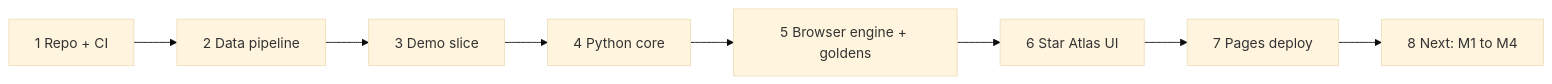
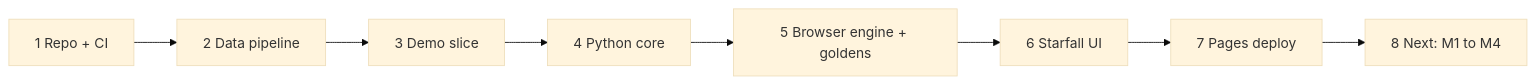
The diagram in docs/guide/IMPLEMENTATION.md (robertgeraldsenasin/whyfinder), drawn with Mermaid (base theme) before and after one commit. The commit also changed other lines of this file and 44 other files, not shown here.

````diff
--- a/docs/guide/IMPLEMENTATION.md
+++ b/docs/guide/IMPLEMENTATION.md
@@ -7,10 +7,10 @@
 ```mermaid
 flowchart LR
   A[1 Repo + CI] --> B[2 Data pipeline]
   B --> C[3 Demo slice]
   C --> D[4 Python core]
   D --> E[5 Browser engine + goldens]
-  E --> F[6 Star Atlas UI]
+  E --> F[6 Starfall UI]
   F --> G[7 Pages deploy]
   G --> H[8 Next: M1 to M4]
 ```
````
